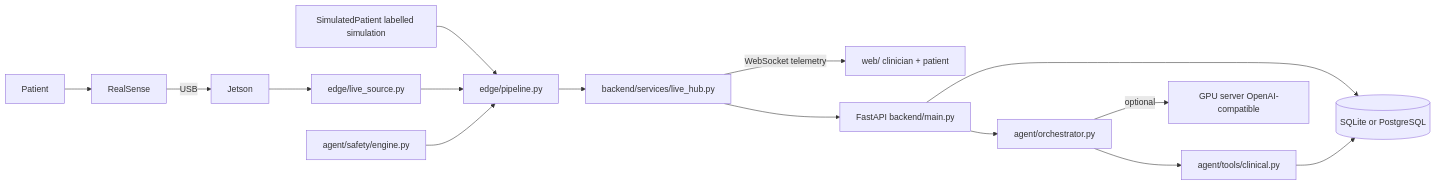
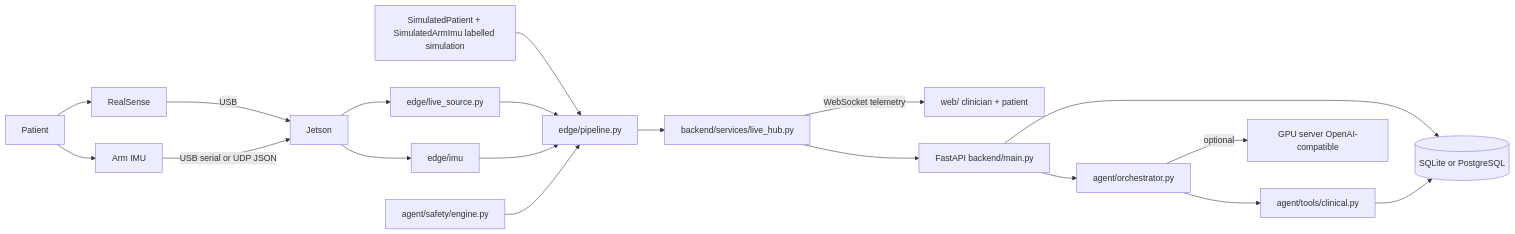
The diagram in docs/ARCHITECTURE.md (laxmesh22/RehabAI), drawn with Mermaid before and after one commit. The commit also changed other lines of this file and 34 other files, not shown here.

First line of the commit message:
Add RealSense plus arm IMU fusion and voice intake to the hospital studio.

````diff
--- a/docs/ARCHITECTURE.md
+++ b/docs/ARCHITECTURE.md
@@ -3,17 +3,21 @@
 ```mermaid
 flowchart LR
   Patient --> RealSense
+  Patient --> ArmIMU[Arm IMU]
   RealSense -->|USB| Jetson
-  Demo[SimulatedPatient labelled simulation] --> Pipeline
+  ArmIMU -->|USB serial or UDP JSON| Jetson
+  Demo[SimulatedPatient + SimulatedArmImu labelled simulation] --> Pipeline
   Jetson --> Capture[edge/live_source.py]
+  Jetson --> ImuRead[edge/imu]
   Capture --> Pipeline[edge/pipeline.py]
+  ImuRead --> Pipeline
   Pipeline --> Hub[backend/services/live_hub.py]
   Hub -->|WebSocket telemetry| Studio[web/ clinician + patient]
   Hub --> API[FastAPI backend/main.py]
   API --> DB[(SQLite or PostgreSQL)]
   API --> Agent[agent/orchestrator.py]
   Agent -->|optional| LLM[GPU server OpenAI-compatible]
   Agent --> Tools[agent/tools/clinical.py]
   Tools --> DB
   Safety[agent/safety/engine.py] --> Pipeline
 ```
````
